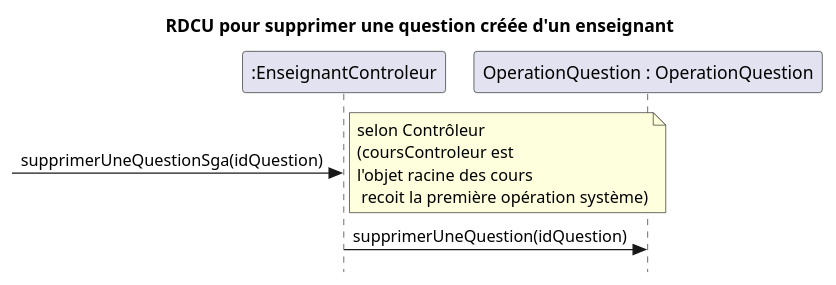
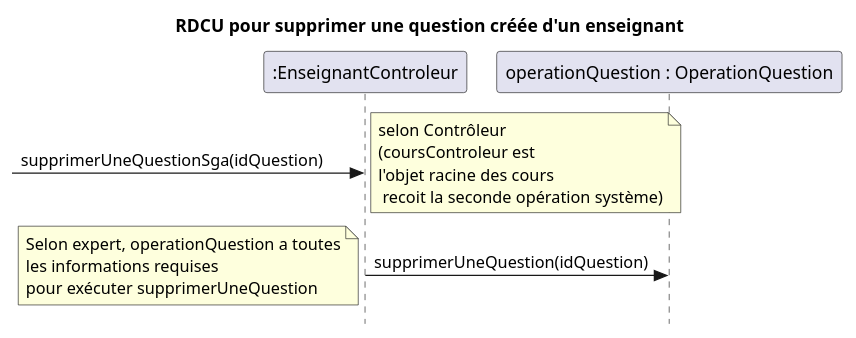
Before and after one commit to nerdz88/SGA-TS: the second of 2 diagrams in docs/Supprimer question/RDCU_Supprimer_Question.puml, drawn with PlantUML. The commit also changed 6 other files, not shown here.

```diff
--- a/docs/Supprimer question/RDCU_Supprimer_Question.puml
+++ b/docs/Supprimer question/RDCU_Supprimer_Question.puml
@@ -14,10 +14,11 @@
 @startuml supprimerUneQuestionFinal
 skinparam style strictuml
 skinparam defaultfontname Verdana
 title RDCU pour supprimer une question créée d'un enseignant
 participant ":EnseignantControleur" as controleur
-participant "OperationQuestion : OperationQuestion" as opQuestion
+participant "operationQuestion : OperationQuestion" as opQuestion
 ->controleur : supprimerUneQuestionSga(idQuestion)
-note right : selon Contrôleur\n(coursControleur est\nl'objet racine des cours\n recoit la première opération système)
+note right : selon Contrôleur\n(coursControleur est\nl'objet racine des cours\n recoit la seconde opération système)
 controleur -> opQuestion : supprimerUneQuestion(idQuestion)
+note left : Selon expert, operationQuestion a toutes\nles informations requises\npour exécuter supprimerUneQuestion
 @enduml 
```
